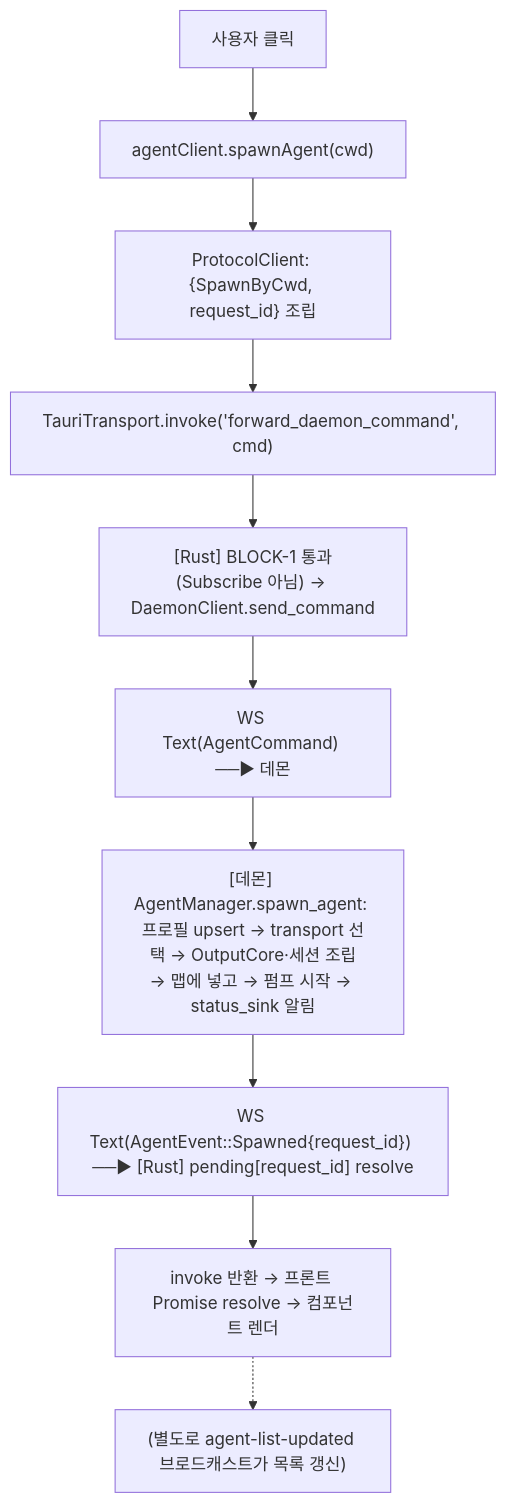
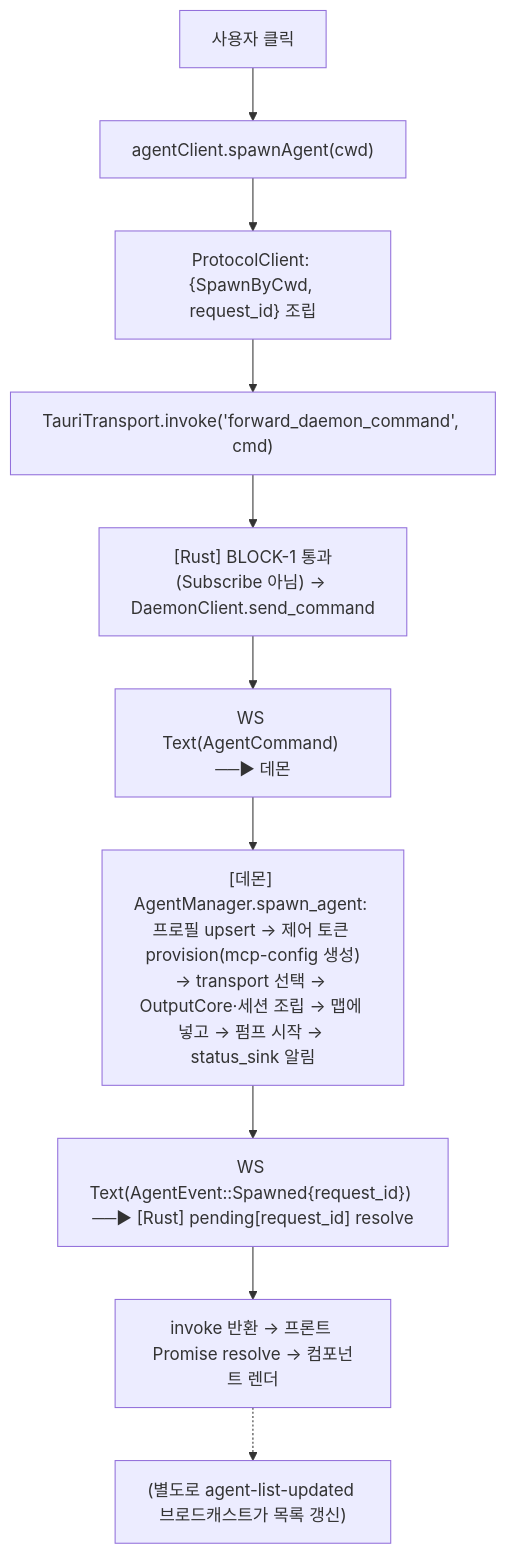
Diagram 15 of 18 in docs/reference/architecture-overview.md (kimsunzun/engram-dashboard), drawn with Mermaid before and after one commit. The commit also changed other lines of this file, not shown here.

````diff
--- a/docs/reference/architecture-overview.md
+++ b/docs/reference/architecture-overview.md
@@ -384,16 +465,16 @@
 ```mermaid
 flowchart TD
   S1["사용자 클릭"]
   S2["agentClient.spawnAgent(cwd)"]
   S3["ProtocolClient: {SpawnByCwd, request_id} 조립"]
   S4["TauriTransport.invoke('forward_daemon_command', cmd)"]
   S5["[Rust] BLOCK-1 통과(Subscribe 아님) → DaemonClient.send_command"]
   S6["WS Text(AgentCommand) ──▶ 데몬"]
-  S7["[데몬] AgentManager.spawn_agent: 프로필 upsert → transport 선택 → OutputCore·세션 조립<br/>→ 맵에 넣고 → 펌프 시작 → status_sink 알림"]
+  S7["[데몬] AgentManager.spawn_agent: 프로필 upsert → 제어 토큰 provision(mcp-config 생성)<br/>→ transport 선택 → OutputCore·세션 조립 → 맵에 넣고 → 펌프 시작 → status_sink 알림"]
   S8["WS Text(AgentEvent::Spawned{request_id}) ──▶ [Rust] pending[request_id] resolve"]
   S9["invoke 반환 → 프론트 Promise resolve → 컴포넌트 렌더"]
   S10["(별도로 agent-list-updated 브로드캐스트가 목록 갱신)"]
 
   S1 --> S2 --> S3 --> S4 --> S5 --> S6 --> S7 --> S8 --> S9
   S9 -.-> S10
 ```
````
